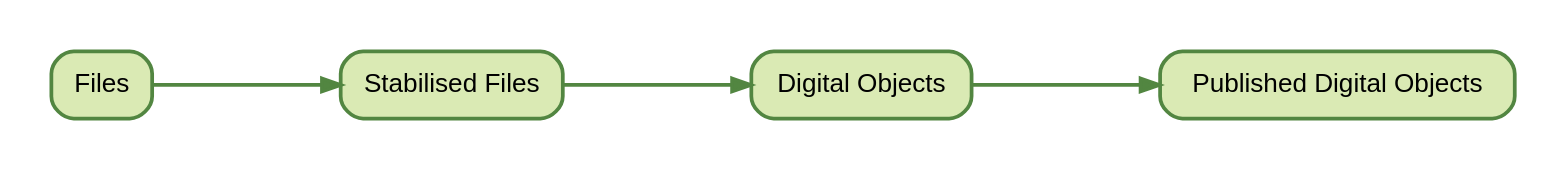
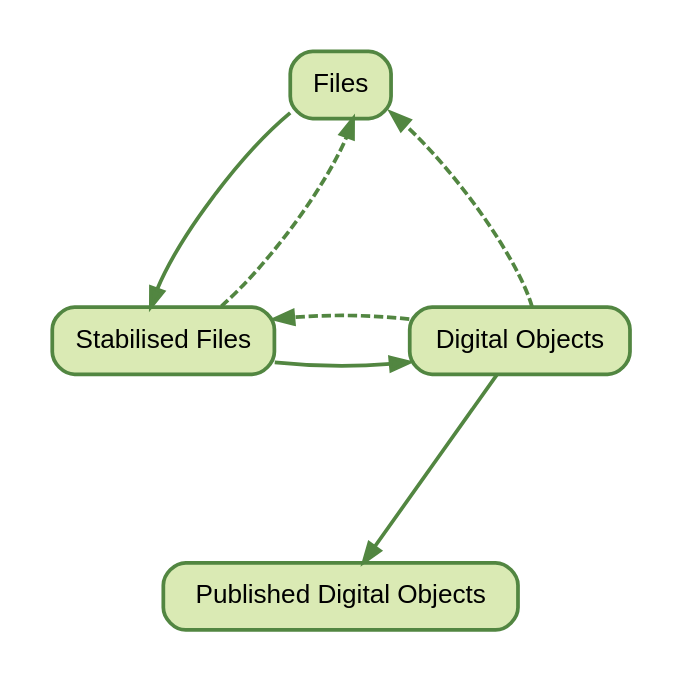
Before and after one commit to chStaiger/rdm-tech-foundations: the diagram in book/files.qmd, drawn with Graphviz. The commit also changed other lines of this file, not shown here.

````diff
--- a/book/files.qmd
+++ b/book/files.qmd
@@ -42,54 +43,64 @@
 ```{dot}
 //| label: fig-1
 //| fig-cap: Conceptual progression from working files to stabilised files, curated digital objects, and published digital objects.
 //| fig-align: center
 //| fig-width: 8
 //| output: svg
 
 digraph progression {
 
     graph [
-        rankdir=LR,
+        rankdir=TB,
         bgcolor="white",
         fontname="Helvetica",
         fontsize=14,
         nodesep=1.0,
         ranksep=1.4,
         bb="0,0,769,60"
     ];
 
     node [
         shape=box,
         style="rounded,filled",
         fontname="Helvetica",
         fontsize=14,
         color="#528641",
         fillcolor="#DAEAB4",
         penwidth=2
     ];
 
     edge [
         fontname="Helvetica",
         fontsize=16,
         color="#528641",
         fontcolor="#528641",
-        penwidth=2
+        penwidth=2,
+        arrowhead=normal
     ];
 
-    // The fix: wrap everything in a cluster
     subgraph cluster_flow {
         label="";
         style=invis;
 
         A [label="Files"];
         B [label="Stabilised Files"];
         C [label="Digital Objects"];
         D [label="Published Digital Objects"];
 
+        // Forward edges (solid)
         A -> B;
         B -> C;
         C -> D;
+
+        // Backward edges (dashed)
+        C -> A [style=dashed];
+        C -> B [style=dashed];
+        B -> A [style=dashed];
+
+        // Rank B and C together
+        { rank = same; B; C; }
+        B -> D [style=invis];
+        A -> C [style=invis];
     }
 }
-
 ```
````
